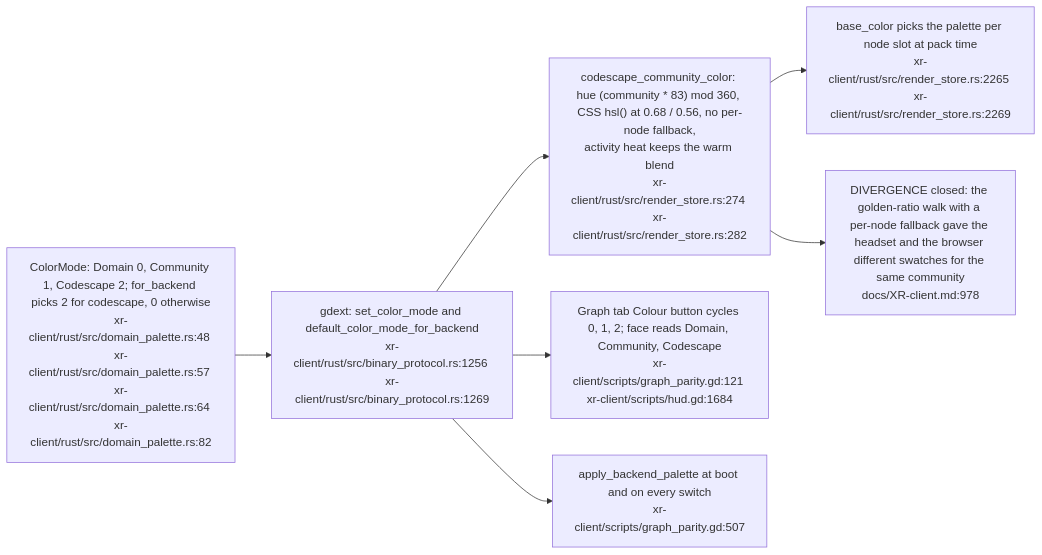
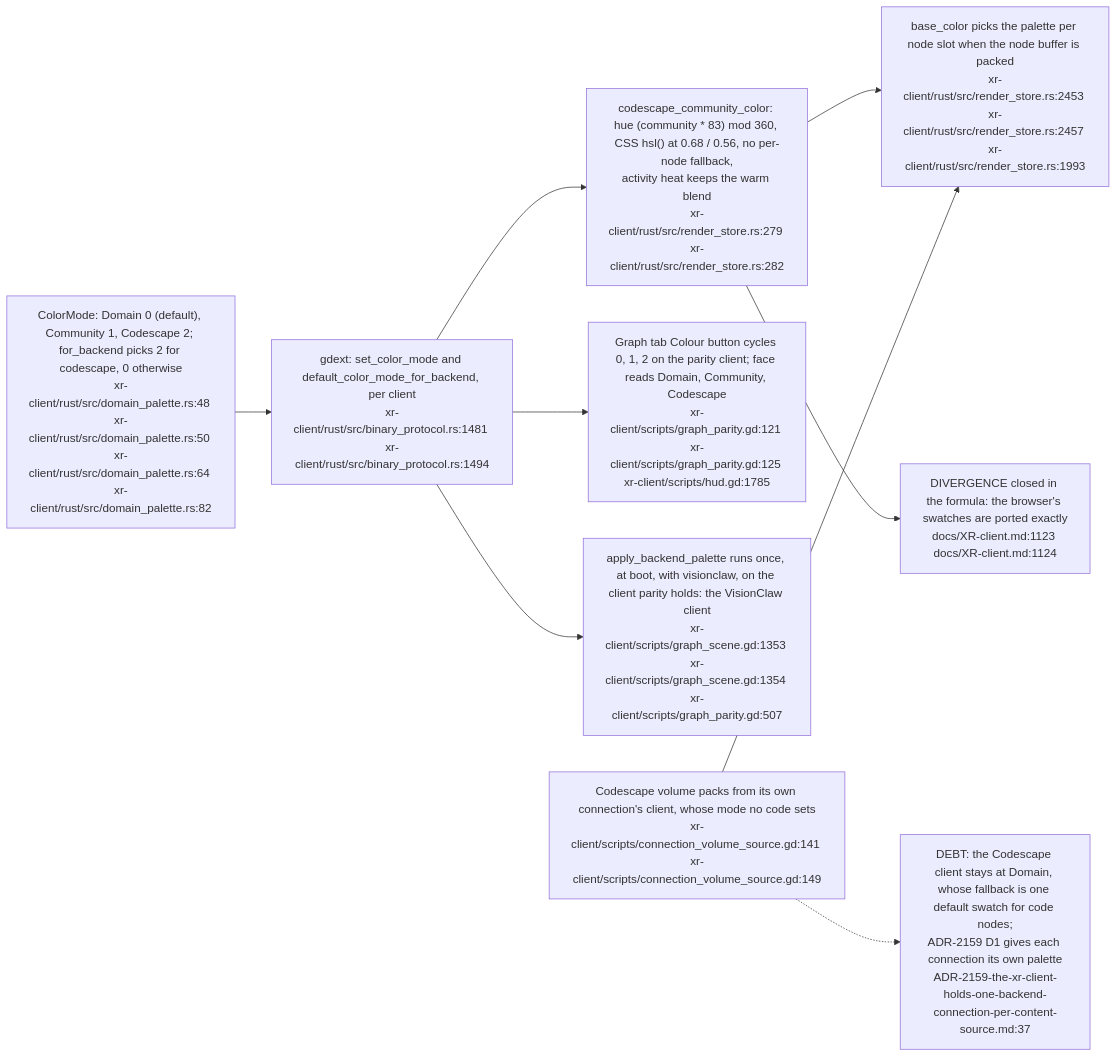
Before and after one commit to DreamLab-AI/VisionFlow: the third of 3 diagrams in docs/diagrams/visionclaw/40-xr-two-backends-capability-gating.md, drawn with Mermaid. The commit also changed other lines of this file and 173 other files, not shown here.

First line of the commit message:
docs(audit): estate audit wave 3, agentbox and VisionClaw; ledger complete

````diff
--- a/docs/diagrams/visionclaw/40-xr-two-backends-capability-gating.md
+++ b/docs/diagrams/visionclaw/40-xr-two-backends-capability-gating.md
@@ -105,14 +106,17 @@
 ```mermaid
 flowchart LR
-    ENUM["ColorMode: Domain 0, Community 1, Codescape 2; for_backend picks 2 for codescape, 0 otherwise<br/>xr-client/rust/src/domain_palette.rs:48 xr-client/rust/src/domain_palette.rs:57 xr-client/rust/src/domain_palette.rs:64 xr-client/rust/src/domain_palette.rs:82"]
-    GD["gdext: set_color_mode and default_color_mode_for_backend<br/>xr-client/rust/src/binary_protocol.rs:1256 xr-client/rust/src/binary_protocol.rs:1269"]
-    PAL["codescape_community_color: hue (community * 83) mod 360, CSS hsl() at 0.68 / 0.56, no per-node fallback,<br/>activity heat keeps the warm blend<br/>xr-client/rust/src/render_store.rs:274 xr-client/rust/src/render_store.rs:282"]
-    BASE["base_color picks the palette per node slot at pack time<br/>xr-client/rust/src/render_store.rs:2265 xr-client/rust/src/render_store.rs:2269"]
-    CYC["Graph tab Colour button cycles 0, 1, 2; face reads Domain, Community, Codescape<br/>xr-client/scripts/graph_parity.gd:121 xr-client/scripts/hud.gd:1684"]
-    DEF["apply_backend_palette at boot and on every switch<br/>xr-client/scripts/graph_parity.gd:507"]
+    ENUM["ColorMode: Domain 0 (default), Community 1, Codescape 2; for_backend picks 2 for codescape, 0 otherwise<br/>xr-client/rust/src/domain_palette.rs:48 xr-client/rust/src/domain_palette.rs:50 xr-client/rust/src/domain_palette.rs:64 xr-client/rust/src/domain_palette.rs:82"]
+    GD["gdext: set_color_mode and default_color_mode_for_backend, per client<br/>xr-client/rust/src/binary_protocol.rs:1481 xr-client/rust/src/binary_protocol.rs:1494"]
+    PAL["codescape_community_color: hue (community * 83) mod 360, CSS hsl() at 0.68 / 0.56, no per-node fallback,<br/>activity heat keeps the warm blend<br/>xr-client/rust/src/render_store.rs:279 xr-client/rust/src/render_store.rs:282"]
+    BASE["base_color picks the palette per node slot when the node buffer is packed<br/>xr-client/rust/src/render_store.rs:2453 xr-client/rust/src/render_store.rs:2457 xr-client/rust/src/render_store.rs:1993"]
+    CYC["Graph tab Colour button cycles 0, 1, 2 on the parity client; face reads Domain, Community, Codescape<br/>xr-client/scripts/graph_parity.gd:121 xr-client/scripts/graph_parity.gd:125 xr-client/scripts/hud.gd:1785"]
+    DEF["apply_backend_palette runs once, at boot, with visionclaw, on the client parity holds: the VisionClaw client<br/>xr-client/scripts/graph_scene.gd:1353 xr-client/scripts/graph_scene.gd:1354 xr-client/scripts/graph_parity.gd:507"]
+    CSV["Codescape volume packs from its own connection's client, whose mode no code sets<br/>xr-client/scripts/connection_volume_source.gd:141 xr-client/scripts/connection_volume_source.gd:149"]
     ENUM --> GD --> PAL --> BASE
     GD --> CYC
     GD --> DEF
-    N1["DIVERGENCE closed: the golden-ratio walk with a per-node fallback gave the headset and the browser different swatches for the same community<br/>docs/XR-client.md:978"]
+    CSV --> BASE
+    CSV -.-> GAP["DEBT: the Codescape client stays at Domain, whose fallback is one default swatch for code nodes;<br/>ADR-2159 D1 gives each connection its own palette<br/>ADR-2159-the-xr-client-holds-one-backend-connection-per-content-source.md:37"]
+    N1["DIVERGENCE closed in the formula: the browser's swatches are ported exactly<br/>docs/XR-client.md:1123 docs/XR-client.md:1124"]
     PAL --> N1
 ```
````
